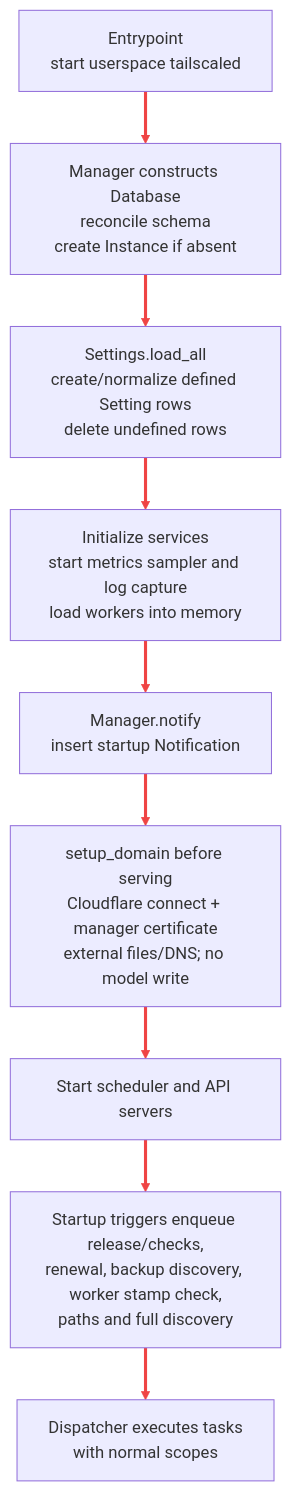
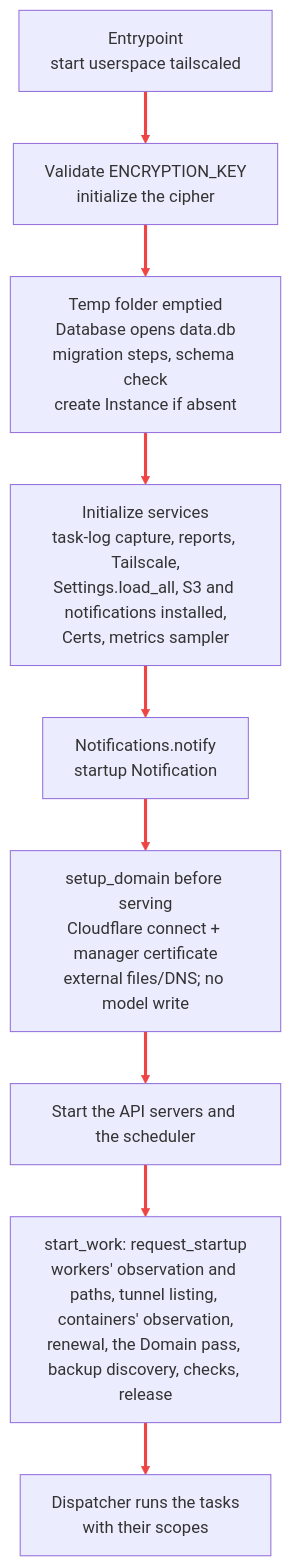
The fourth of 4 diagrams in docs/operations.md (v31-dev/sage), drawn with Mermaid before and after one commit. The commit also changed other lines of this file and 374 other files, not shown here.

````diff
--- a/docs/operations.md
+++ b/docs/operations.md
@@ -312,16 +361,16 @@
 ```mermaid
 %%{init: {"themeVariables": {"lineColor": "#ef4444"}, "themeCSS": ".marker { overflow: visible; } .arrowMarkerPath { stroke-width: 2px !important; } .edge-pattern-dotted { stroke-dasharray: 8 6 !important; }"}}%%
 flowchart TB
     entry["Entrypoint<br/>start userspace tailscaled"]
-    database["Manager constructs Database<br/>reconcile schema<br/>create Instance if absent"]
-    settings["Settings.load_all<br/>create/normalize defined Setting rows<br/>delete undefined rows"]
-    services["Initialize services<br/>start metrics sampler and log capture<br/>load workers into memory"]
-    notice["Manager.notify<br/>insert startup Notification"]
+    key["Validate ENCRYPTION_KEY<br/>initialize the cipher"]
+    database["Temp folder emptied<br/>Database opens data.db<br/>migration steps, schema check<br/>create Instance if absent"]
+    services["Initialize services<br/>task-log capture, reports, Tailscale,<br/>Settings.load_all, S3 and notifications installed,<br/>Certs, metrics sampler"]
+    notice["Notifications.notify<br/>startup Notification"]
     bootstrap["setup_domain before serving<br/>Cloudflare connect + manager certificate<br/>external files/DNS; no model write"]
-    serve["Start scheduler and API servers"]
-    enqueue["Startup triggers enqueue release/checks,<br/>renewal, backup discovery, worker stamp check,<br/>paths and full discovery"]
-    run["Dispatcher executes tasks<br/>with normal scopes"]
+    serve["Start the API servers and the scheduler"]
+    enqueue["start_work: request_startup<br/>workers' observation and paths, tunnel listing, containers' observation,<br/>renewal, the Domain pass, backup discovery, checks, release"]
+    run["Dispatcher runs the tasks<br/>with their scopes"]
 
-    entry --> database --> settings --> services --> notice --> bootstrap --> serve --> enqueue --> run
+    entry --> key --> database --> services --> notice --> bootstrap --> serve --> enqueue --> run
     linkStyle default stroke:#ef4444,stroke-width:3px
 ```
````
